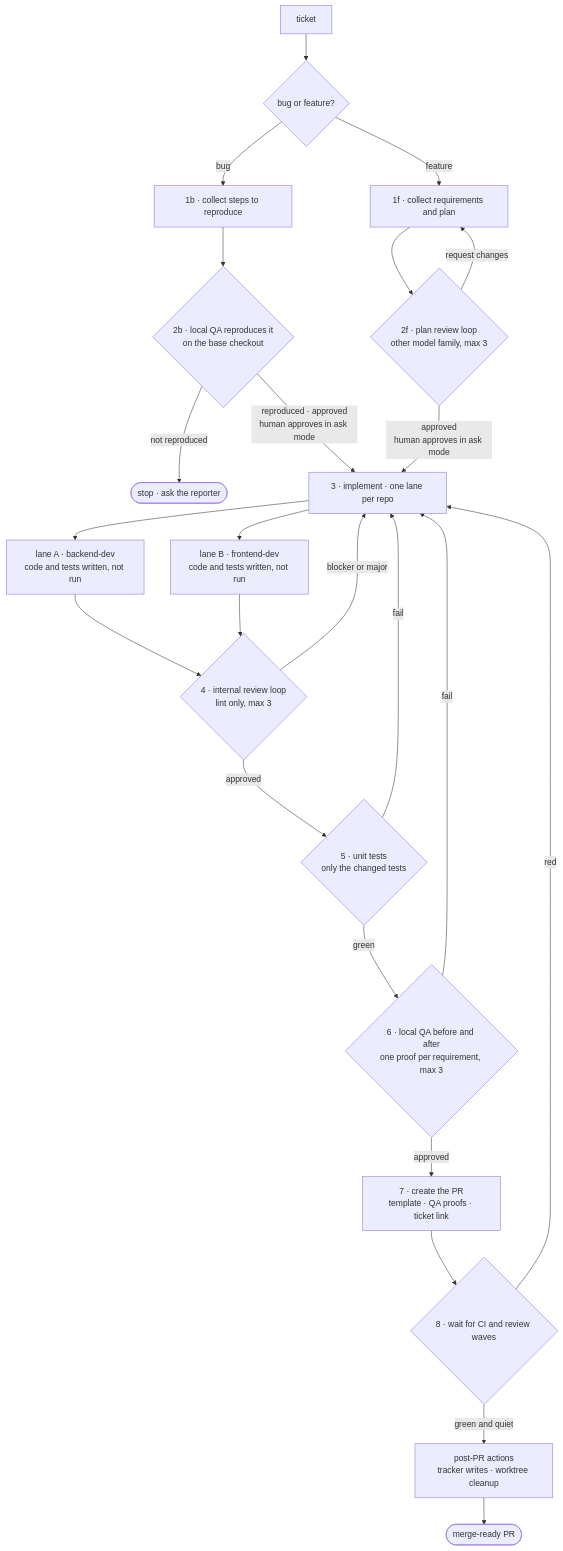
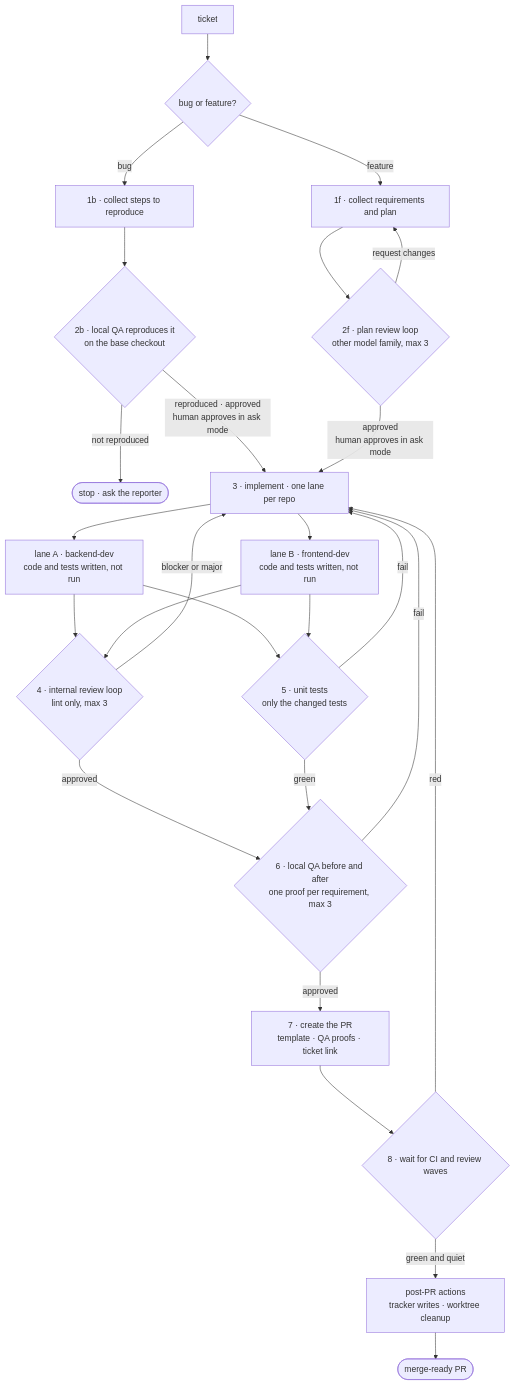
Before and after one commit to vsdudakov/troika: the second of 9 diagrams in README.md, drawn with Mermaid. The commit also changed other lines of this file and 17 other files, not shown here.

First line of the commit message:
feat(flow): scope re-entry to the fix, run tests beside review, stamp every step, release 2.4.0

````diff
--- a/README.md
+++ b/README.md
@@ -210,26 +210,28 @@
 ```mermaid
 flowchart TD
   A[ticket] --> B{bug or feature?}
   B -- bug --> C[1b · collect steps to reproduce]
   C --> D{2b · local QA reproduces it<br/>on the base checkout}
   D -- not reproduced --> E([stop · ask the reporter])
   D -- reproduced · approved<br/>human approves in ask mode --> H
   B -- feature --> F[1f · collect requirements and plan]
   F --> G{2f · plan review loop<br/>other model family, max 3}
   G -- request changes --> F
   G -- approved<br/>human approves in ask mode --> H[3 · implement · one lane per repo]
   H --> I[lane A · backend-dev<br/>code and tests written, not run]
   H --> J[lane B · frontend-dev<br/>code and tests written, not run]
   I --> K
   J --> K{4 · internal review loop<br/>lint only, max 3}
+  I --> L
+  J --> L{5 · unit tests<br/>only the changed tests}
   K -- blocker or major --> H
-  K -- approved --> L{5 · unit tests<br/>only the changed tests}
   L -- fail --> H
+  K -- approved --> M
   L -- green --> M{6 · local QA before and after<br/>one proof per requirement, max 3}
   M -- fail --> H
   M -- approved --> N[7 · create the PR<br/>template · QA proofs · ticket link]
   N --> O{8 · wait for CI and review waves}
   O -- red --> H
   O -- green and quiet --> P[post-PR actions<br/>tracker writes · worktree cleanup]
   P --> Q([merge-ready PR])
 ```
````
